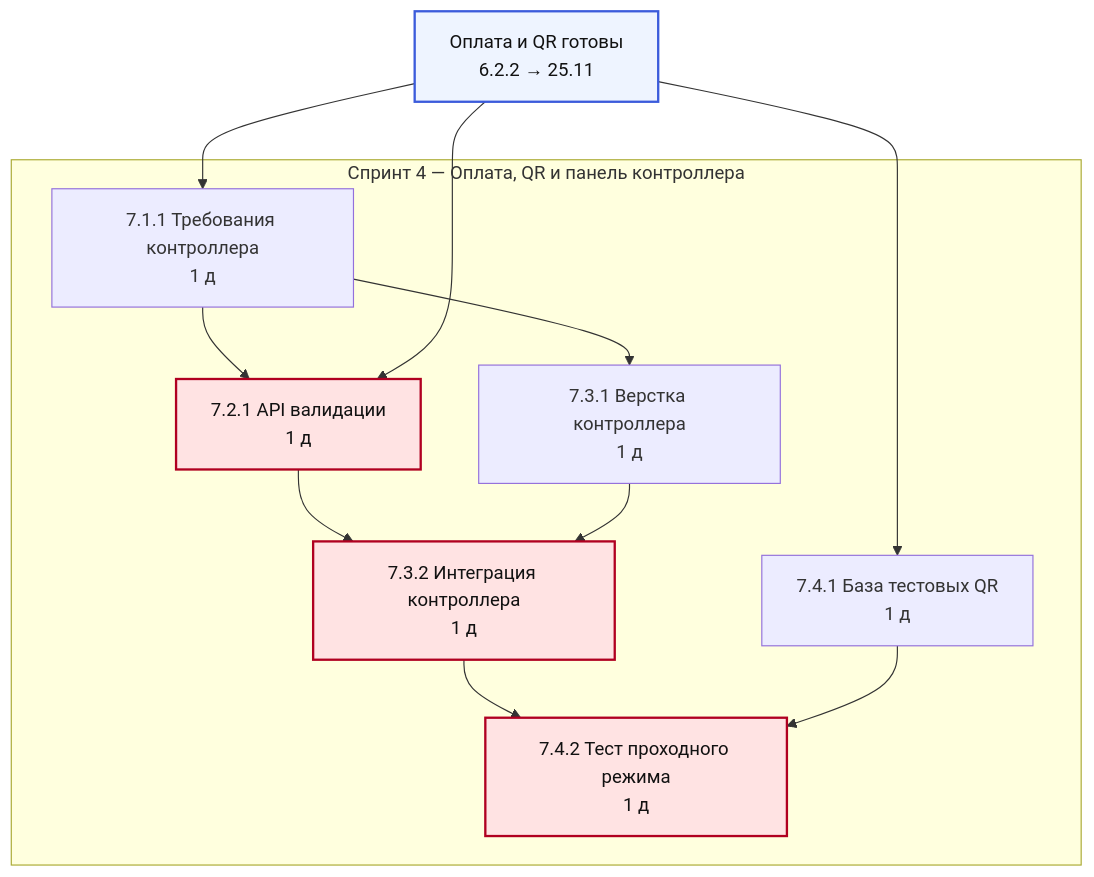
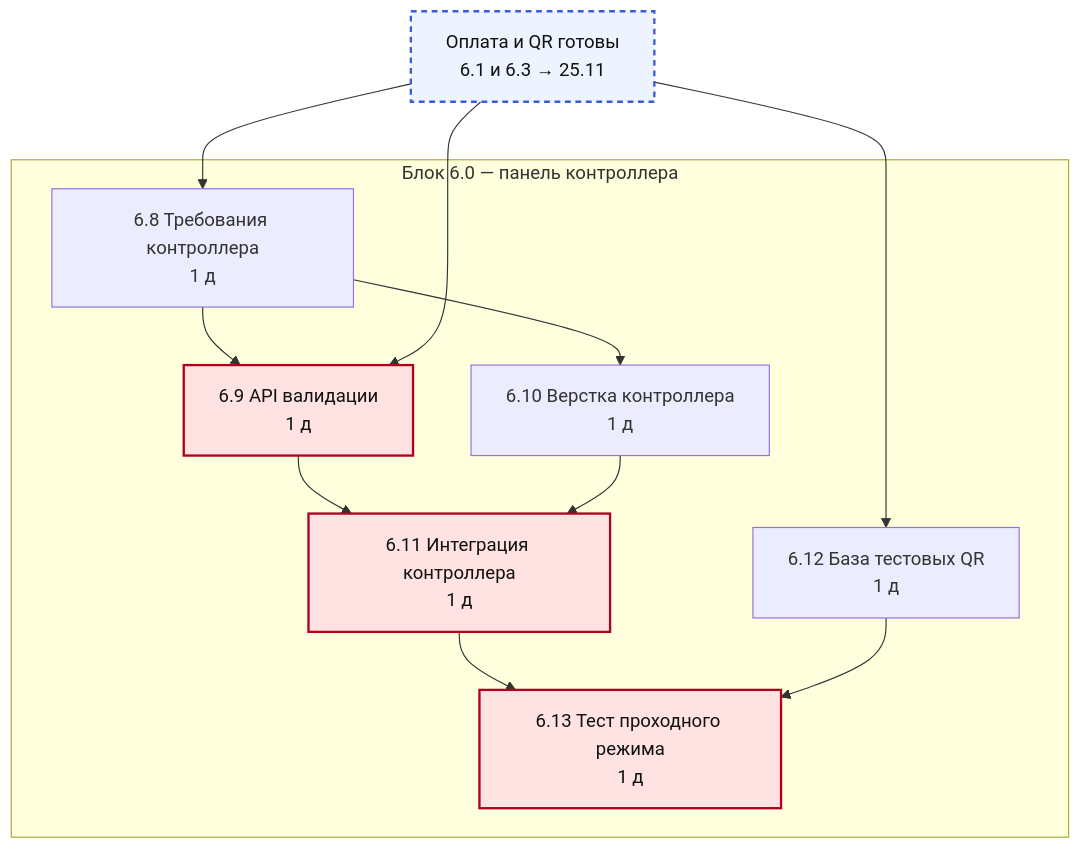
One commit to xlazyone/bileton changed the fifth of 6 diagrams in docs/labs/lab-06-schedule.md. Above: the diagram before and after it, drawn with Mermaid. The commit also changed other lines of this file and 2 other files, not shown here.

````diff
--- a/docs/labs/lab-06-schedule.md
+++ b/docs/labs/lab-06-schedule.md
@@ -240,24 +248,24 @@
 ```mermaid
 flowchart TB
     classDef crit fill:#ffe3e3,stroke:#b00020,stroke-width:2px,color:#111;
-    classDef gate fill:#eef4ff,stroke:#3b5bdb,stroke-width:2px,color:#111;
-    tstart["Оплата и QR готовы<br/>6.2.2 → 25.11"]:::gate
-    subgraph tg5["Спринт 4 — Оплата, QR и панель контроллера"]
-        t711["7.1.1 Требования контроллера<br/>1 д"]
-        t721["7.2.1 API валидации<br/>1 д"]
-        t731["7.3.1 Верстка контроллера<br/>1 д"]
-        t732["7.3.2 Интеграция контроллера<br/>1 д"]
-        t741["7.4.1 База тестовых QR<br/>1 д"]
-        t742["7.4.2 Тест проходного режима<br/>1 д"]
+    classDef gate fill:#eef4ff,stroke:#3b5bdb,stroke-width:2px,stroke-dasharray: 5 4,color:#111;
+    tgstart["Оплата и QR готовы<br/>6.1 и 6.3 → 25.11"]:::gate
+    subgraph tg0["Блок 6.0 — панель контроллера"]
+        t6_8["6.8 Требования контроллера<br/>1 д"]
+        t6_9["6.9 API валидации<br/>1 д"]
+        t6_10["6.10 Верстка контроллера<br/>1 д"]
+        t6_11["6.11 Интеграция контроллера<br/>1 д"]
+        t6_12["6.12 База тестовых QR<br/>1 д"]
+        t6_13["6.13 Тест проходного режима<br/>1 д"]
     end
-    tstart --> t711
-    t711 --> t721
-    tstart --> t721
-    t711 --> t731
-    t721 --> t732
-    t731 --> t732
-    tstart --> t741
-    t732 --> t742
-    t741 --> t742
-    class t721,t732,t742 crit;
+    tgstart --> t6_8
+    t6_8 --> t6_9
+    tgstart --> t6_9
+    t6_8 --> t6_10
+    t6_9 --> t6_11
+    t6_10 --> t6_11
+    tgstart --> t6_12
+    t6_11 --> t6_13
+    t6_12 --> t6_13
+    class t6_9,t6_11,t6_13 crit;
 ```
````
